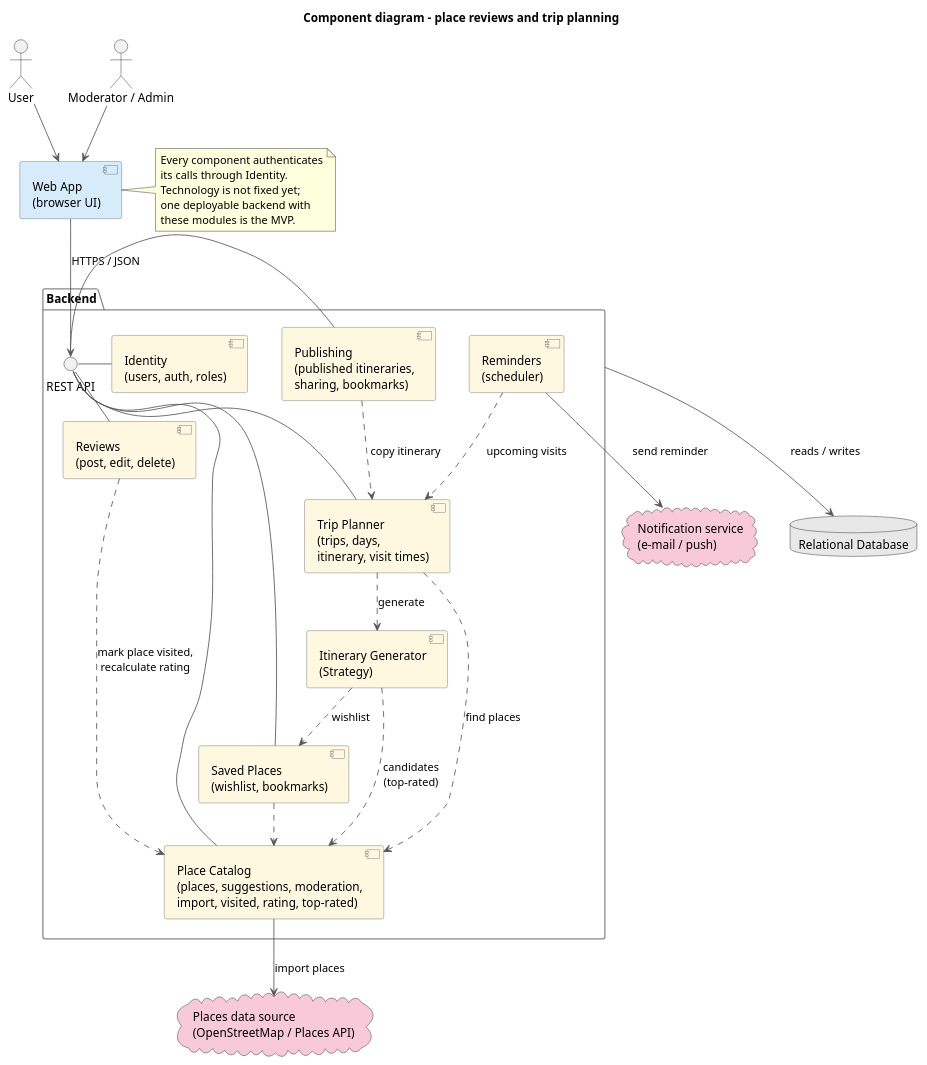
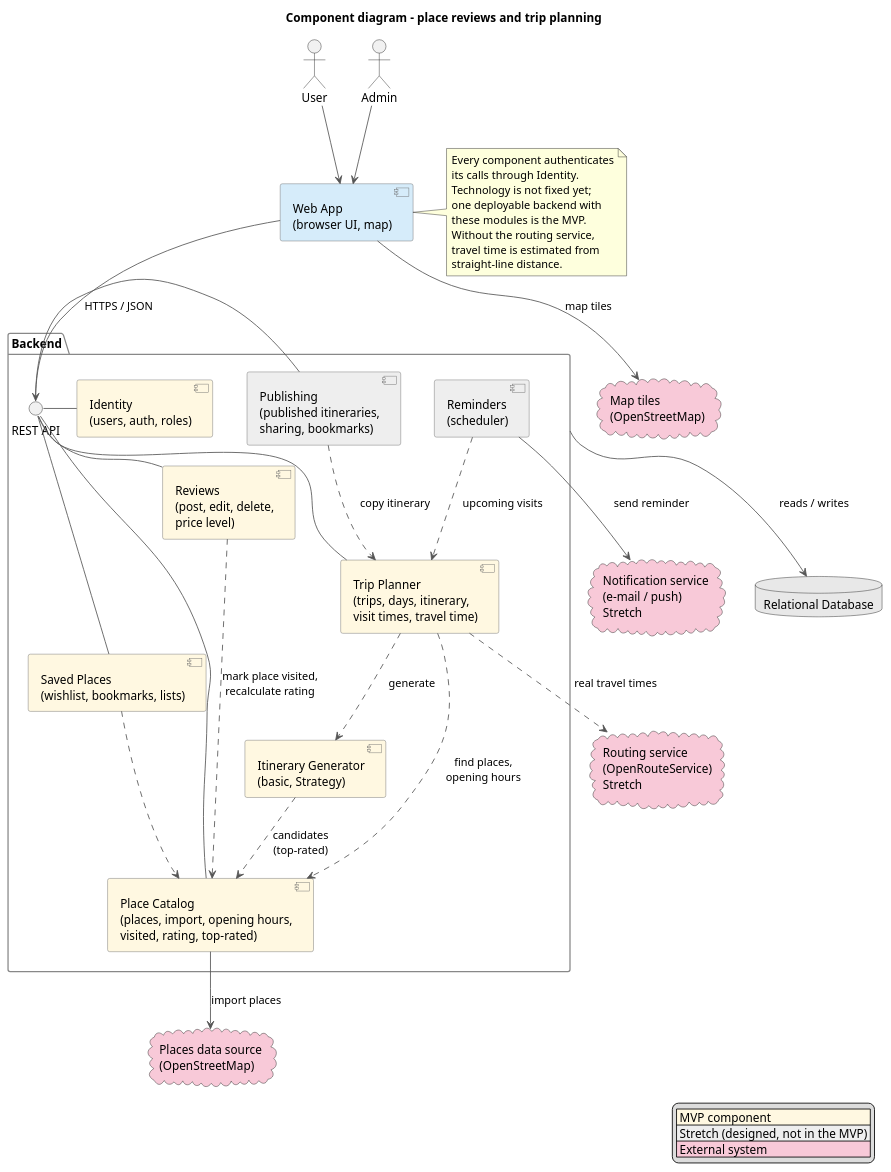
The diagram in docs/design/component-diagram.puml (MESW-LES-2627/les-project-group-7), drawn with PlantUML before and after one commit. The commit also changed 5 other files, not shown here.

```diff
--- a/docs/design/component-diagram.puml
+++ b/docs/design/component-diagram.puml
@@ -1,70 +1,82 @@
 @startuml component-diagram
 title Component diagram – place reviews and trip planning
 skinparam shadowing false
 skinparam componentStyle uml2
 skinparam nodesep 40
 skinparam ranksep 50
 skinparam ArrowColor #555555
 skinparam component {
   BackgroundColor #FFF8E1
   BorderColor #666666
 }
 skinparam package {
   BorderColor #888888
 }
 
+legend right
+  |<#FFF8E1> MVP component |
+  |<#EEEEEE> Stretch (designed, not in the MVP) |
+  |<#F8C9D8> External system |
+endlegend
+
 actor "User" as user
-actor "Moderator / Admin" as admin
+actor "Admin" as admin
 
-component "Web App\n(browser UI)" as web #D6ECFA
+component "Web App\n(browser UI, map)" as web #D6ECFA
 
 package "Backend" as backend {
   interface "REST API" as api
 
   component "Identity\n(users, auth, roles)" as identity
-  component "Place Catalog\n(places, suggestions, moderation,\nimport, visited, rating, top-rated)" as catalog
-  component "Reviews\n(post, edit, delete)" as reviews
-  component "Saved Places\n(wishlist, bookmarks)" as saved
-  component "Trip Planner\n(trips, days,\nitinerary, visit times)" as planner
-  component "Itinerary Generator\n(Strategy)" as generator
-  component "Publishing\n(published itineraries,\nsharing, bookmarks)" as publishing
-  component "Reminders\n(scheduler)" as reminders
+  component "Place Catalog\n(places, import, opening hours,\nvisited, rating, top-rated)" as catalog
+  component "Reviews\n(post, edit, delete,\nprice level)" as reviews
+  component "Saved Places\n(wishlist, bookmarks, lists)" as saved
+  component "Trip Planner\n(trips, days, itinerary,\nvisit times, travel time)" as planner
+  component "Itinerary Generator\n(basic, Strategy)" as generator
+  component "Publishing\n(published itineraries,\nsharing, bookmarks)" as publishing #EEEEEE
+  component "Reminders\n(scheduler)" as reminders #EEEEEE
 }
 
 database "Relational Database" as db #E8E8E8
 
-cloud "Places data source\n(OpenStreetMap / Places API)" as places #F8C9D8
-cloud "Notification service\n(e-mail / push)" as notif #F8C9D8
+cloud "Places data source\n(OpenStreetMap)" as places #F8C9D8
+cloud "Map tiles\n(OpenStreetMap)" as tiles #F8C9D8
+cloud "Routing service\n(OpenRouteService)\nStretch" as routing #F8C9D8
+cloud "Notification service\n(e-mail / push)\nStretch" as notif #F8C9D8
 
 user --> web
 admin --> web
 web --> api : HTTPS / JSON
+web --> tiles : map tiles
 api - identity
 api - catalog
 api - reviews
 api - saved
 api - planner
 api - publishing
 
 reviews ..> catalog : mark place visited,\nrecalculate rating
 saved ..> catalog
-planner ..> catalog : find places
+planner ..> catalog : find places,\nopening hours
 planner ..> generator : generate
 generator ..> catalog : candidates\n(top-rated)
-generator ..> saved : wishlist
 publishing ..> planner : copy itinerary
 reminders ..> planner : upcoming visits
 
 catalog --> places : import places
+planner ..> routing : real travel times
 reminders --> notif : send reminder
 
 backend --> db : reads / writes
 
 note right of web
   Every component authenticates
   its calls through Identity.
   Technology is not fixed yet;
   one deployable backend with
   these modules is the MVP.
+  Without the routing service,
+  travel time is estimated from
+  straight-line distance.
 end note
 @enduml
```
